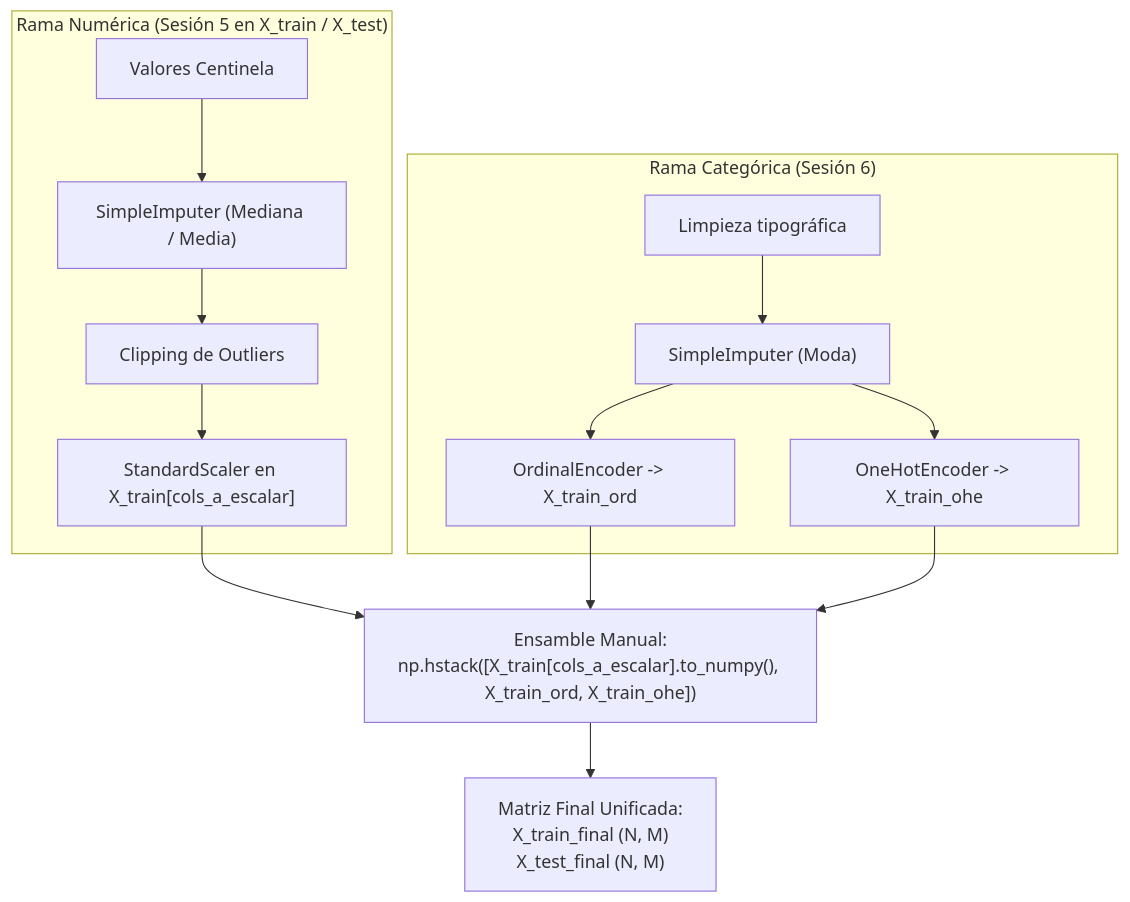
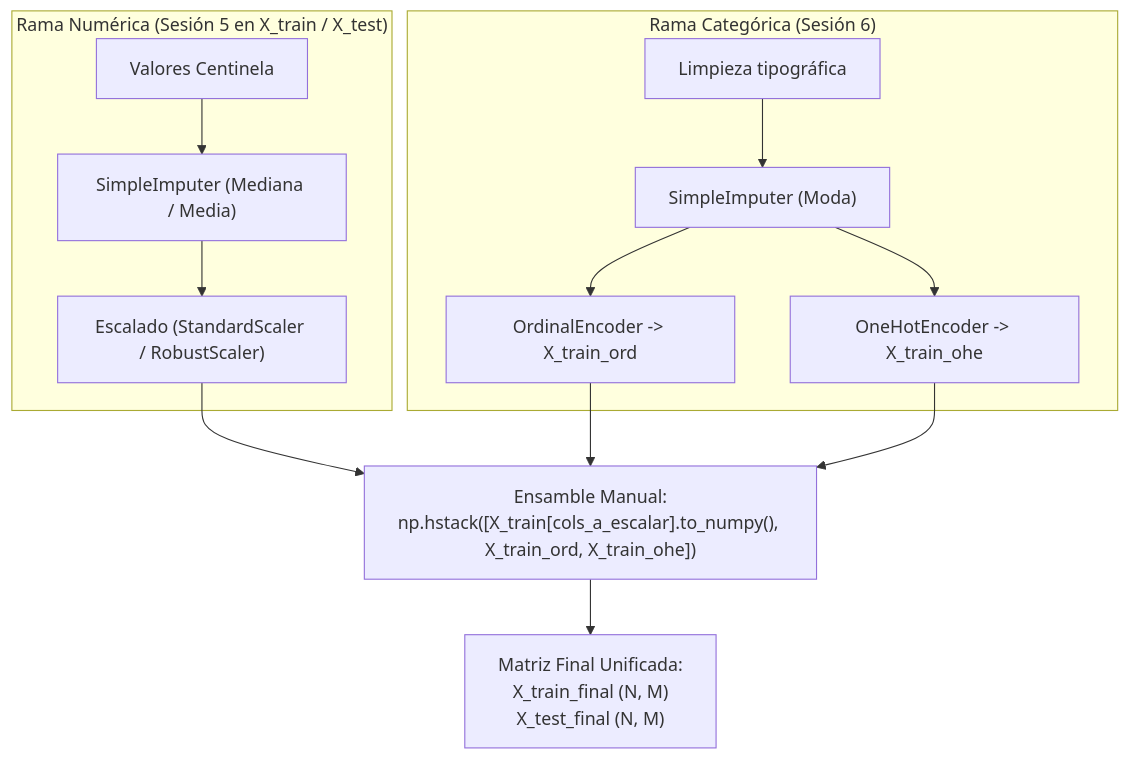
Before and after one commit to acamarac02/DevTacora: the second of 2 diagrams in docs/02_pia_2627/ut3_preparacion_analisis_datos/6-codificacion-categorica-ensamble.md, drawn with Mermaid. The commit also changed other lines of this file and 9 other files, not shown here.

````diff
--- a/docs/02_pia_2627/ut3_preparacion_analisis_datos/6-codificacion-categorica-ensamble.md
+++ b/docs/02_pia_2627/ut3_preparacion_analisis_datos/6-codificacion-categorica-ensamble.md
@@ -332,20 +332,19 @@
 ```mermaid
 flowchart TD
     subgraph RamaNumerica ["Rama Numérica (Sesión 5 en X_train / X_test)"]
         N1["Valores Centinela"] --> N2["SimpleImputer (Mediana / Media)"]
-        N2 --> N3["Clipping de Outliers"]
-        N3 --> N4["StandardScaler en X_train[cols_a_escalar]"]
+        N2 --> N4["Escalado (StandardScaler / RobustScaler)"]
     end
 
     subgraph RamaCategorica ["Rama Categórica (Sesión 6)"]
         C1["Limpieza tipográfica"] --> C2["SimpleImputer (Moda)"]
         C2 --> C3["OrdinalEncoder -> X_train_ord"]
         C2 --> C4["OneHotEncoder -> X_train_ohe"]
     end
 
     N4 --> Ensamble["Ensamble Manual:<br/>np.hstack([X_train[cols_a_escalar].to_numpy(), X_train_ord, X_train_ohe])"]
     C3 --> Ensamble
     C4 --> Ensamble
     
     Ensamble --> MatrizFinal["Matriz Final Unificada:<br/>X_train_final (N, M)<br/>X_test_final (N, M)"]
 ```
````
